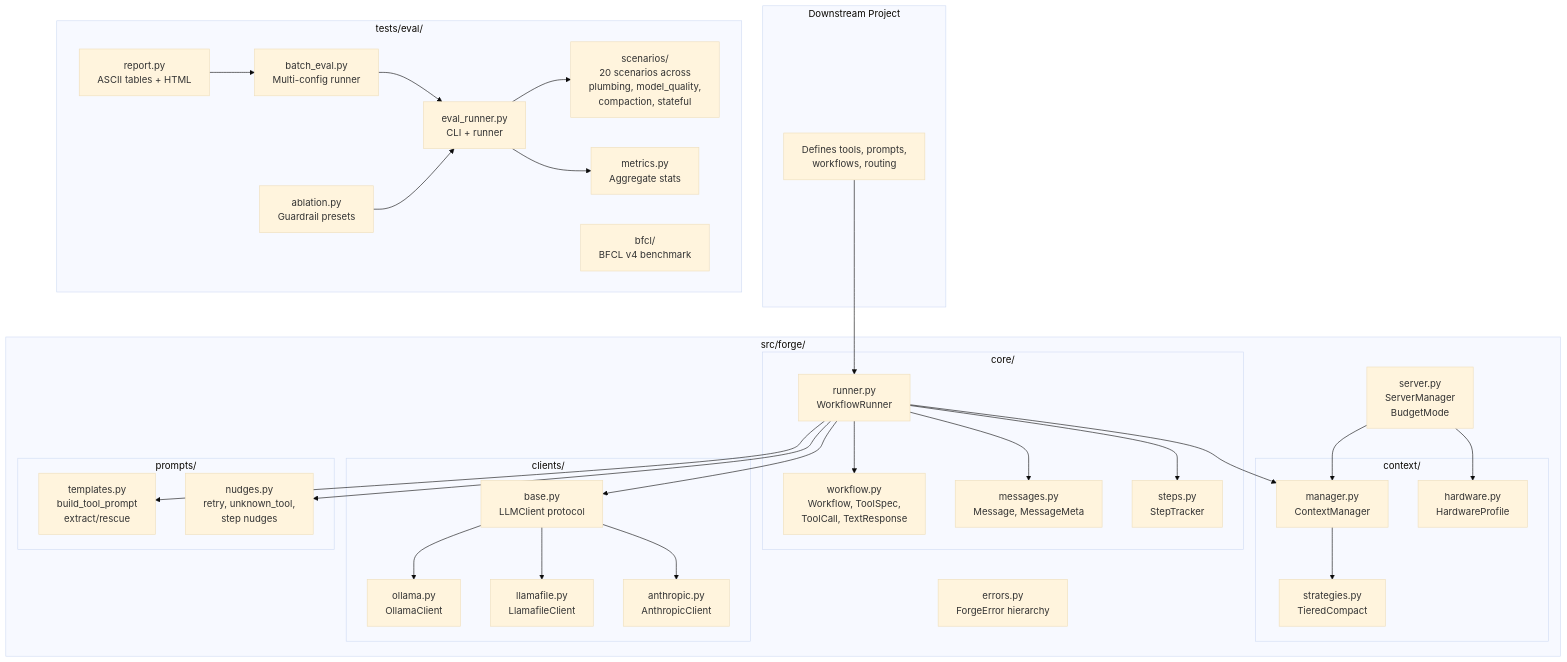
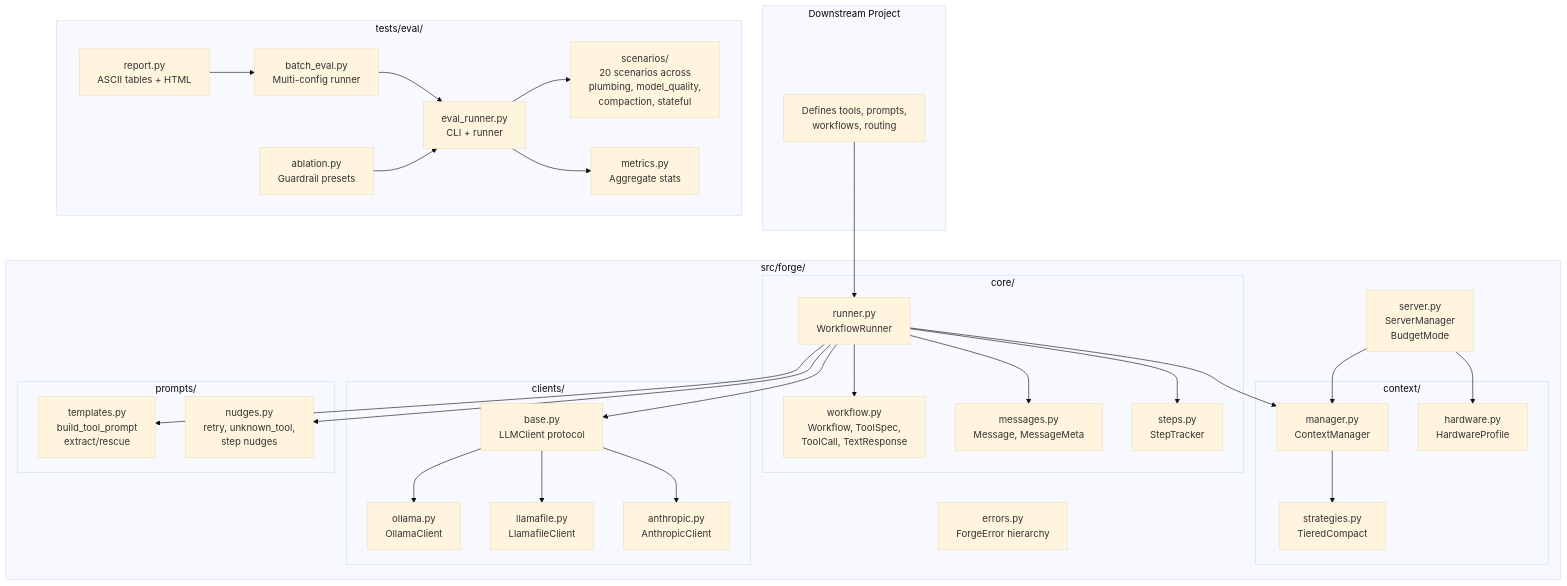
The seventh of 7 diagrams in docs/WORKFLOW.md (antoinezambelli/forge), drawn with Mermaid (base theme) before and after one commit. The commit also changed other lines of this file and 4 other files, not shown here.

````diff
--- a/docs/WORKFLOW.md
+++ b/docs/WORKFLOW.md
@@ -352,66 +352,65 @@
 ```mermaid
 flowchart TB
     subgraph downstream["Downstream Project"]
         APP["Defines tools, prompts,<br/>workflows, routing"]
     end
 
     subgraph forge["src/forge/"]
         subgraph core["core/"]
             RUNNER["runner.py<br/>WorkflowRunner"]
             WORKFLOW["workflow.py<br/>Workflow, ToolSpec,<br/>ToolCall, TextResponse"]
             MESSAGES["messages.py<br/>Message, MessageMeta"]
             STEPTRACK["steps.py<br/>StepTracker"]
         end
 
         subgraph context["context/"]
             CTX_MGR["manager.py<br/>ContextManager"]
             STRATS["strategies.py<br/>TieredCompact"]
             HW["hardware.py<br/>HardwareProfile"]
         end
 
         subgraph clients["clients/"]
             BASE["base.py<br/>LLMClient protocol"]
             OLLAMA["ollama.py<br/>OllamaClient"]
             LLAMAFILE["llamafile.py<br/>LlamafileClient"]
             ANTHROPIC["anthropic.py<br/>AnthropicClient"]
         end
 
         subgraph prompts["prompts/"]
             TEMPLATES["templates.py<br/>build_tool_prompt<br/>extract/rescue"]
             NUDGES["nudges.py<br/>retry, unknown_tool,<br/>step nudges"]
         end
 
         SERVER["server.py<br/>ServerManager<br/>BudgetMode"]
         ERRORS["errors.py<br/>ForgeError hierarchy"]
     end
 
     subgraph eval["tests/eval/"]
         SCENARIOS["scenarios/<br/>20 scenarios across<br/>plumbing, model_quality,<br/>compaction, stateful"]
         EVAL_RUN["eval_runner.py<br/>CLI + runner"]
         METRICS["metrics.py<br/>Aggregate stats"]
         BATCH["batch_eval.py<br/>Multi-config runner"]
         REPORT["report.py<br/>ASCII tables + HTML"]
         ABLATION["ablation.py<br/>Guardrail presets"]
-        BFCL["bfcl/<br/>BFCL v4 benchmark"]
     end
 
     APP --> RUNNER
     RUNNER --> WORKFLOW
     RUNNER --> MESSAGES
     RUNNER --> STEPTRACK
     RUNNER --> CTX_MGR
     RUNNER --> BASE
     RUNNER --> NUDGES
     RUNNER --> TEMPLATES
     CTX_MGR --> STRATS
     SERVER --> HW
     SERVER --> CTX_MGR
     BASE --> OLLAMA
     BASE --> LLAMAFILE
     BASE --> ANTHROPIC
     EVAL_RUN --> SCENARIOS
     EVAL_RUN --> METRICS
     BATCH --> EVAL_RUN
     REPORT --> BATCH
     ABLATION --> EVAL_RUN
 ```
````
